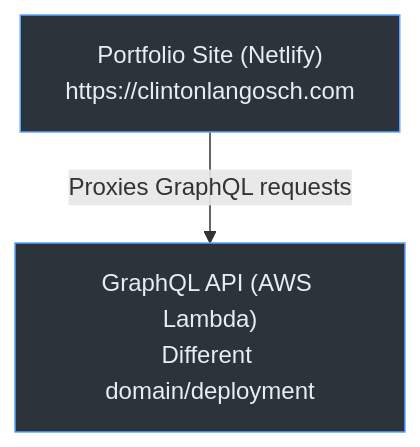
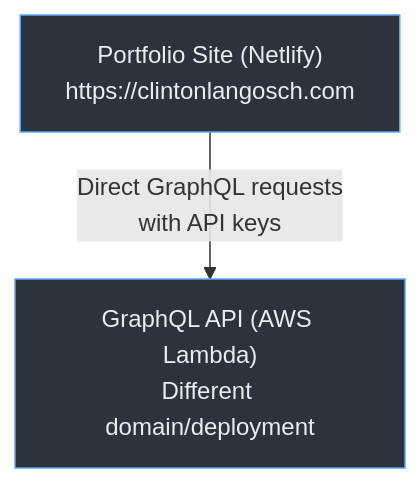
Before and after one commit to roadlittledawn/portfolio-site: the first of 6 diagrams in docs/auth-flow-diagram.md, drawn with Mermaid. The commit also changed other lines of this file and 4 other files, not shown here.

Commit message:
Remove GraphQL proxy function and update documentation

````diff
--- a/docs/auth-flow-diagram.md
+++ b/docs/auth-flow-diagram.md
@@ -5,10 +5,10 @@
 ```mermaid
 graph TB
     Portfolio["Portfolio Site (Netlify)<br/>https://clintonlangosch.com"]
     API["GraphQL API (AWS Lambda)<br/>Different domain/deployment"]
     
-    Portfolio -->|Proxies GraphQL requests| API
+    Portfolio -->|Direct GraphQL requests<br/>with API keys| API
     
     style Portfolio fill:#2d333b,stroke:#58a6ff,color:#e6edf3
     style API fill:#2d333b,stroke:#58a6ff,color:#e6edf3
 ```
````
